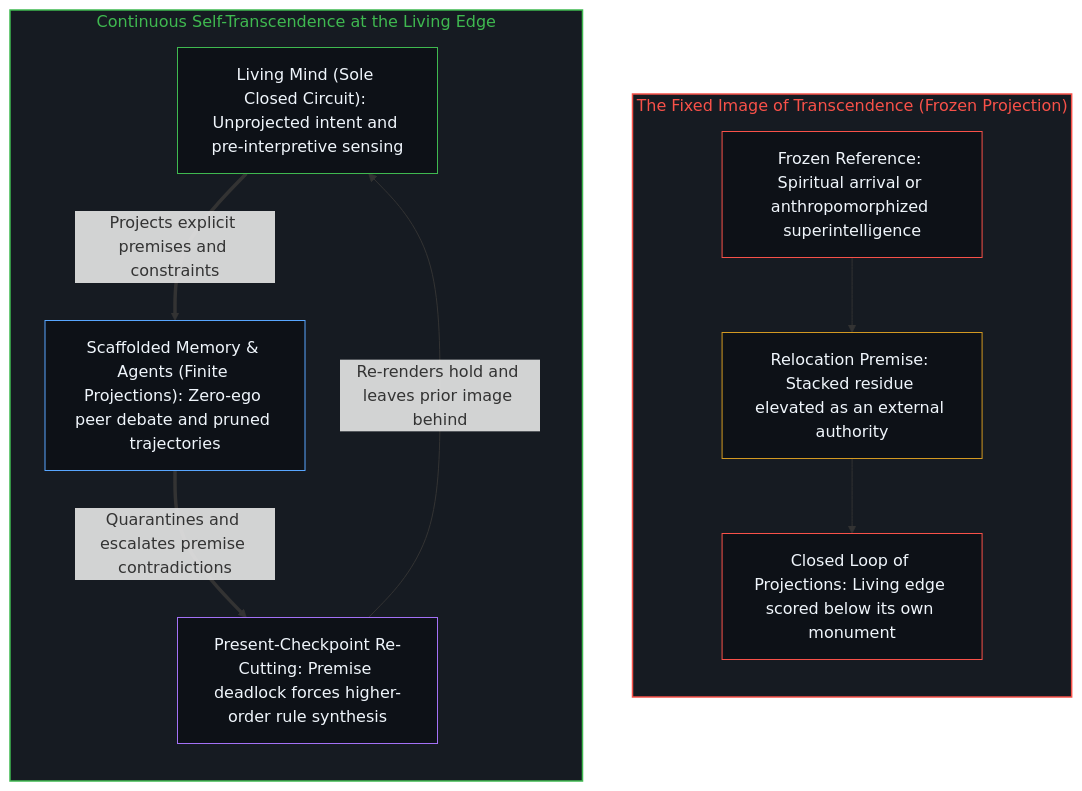
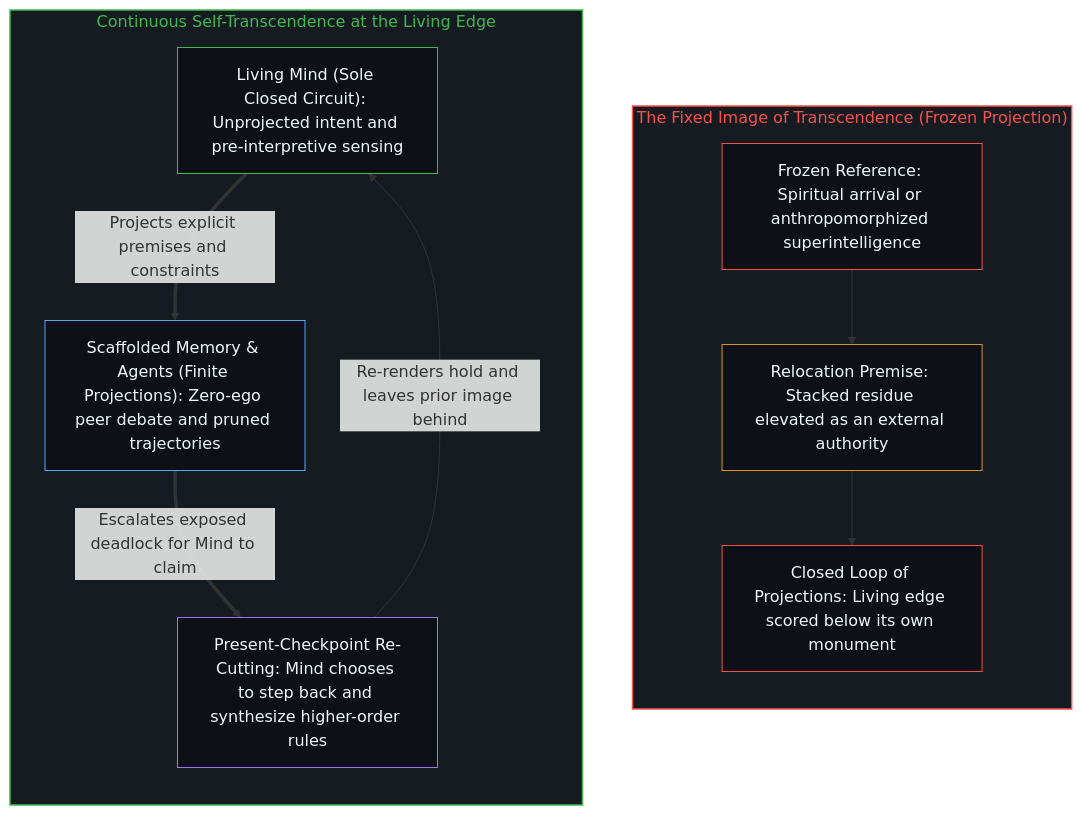
The second of 2 diagrams in content/posts/the-fixed-image-of-transcendence.md (powerpig99/not-a-toe), drawn with Mermaid before and after one commit. The commit also changed other lines of this file and 6 other files, not shown here.

````diff
--- a/content/posts/the-fixed-image-of-transcendence.md
+++ b/content/posts/the-fixed-image-of-transcendence.md
@@ -85,27 +85,27 @@
 ```mermaid
 flowchart TD
     subgraph S_Fixed["The Fixed Image of Transcendence (Frozen Projection)"]
         direction TB
         Freeze["Frozen Reference: Spiritual arrival or anthropomorphized superintelligence"]
         Reloc["Relocation Premise: Stacked residue elevated as an external authority"]
         Closed["Closed Loop of Projections: Living edge scored below its own monument"]
         Freeze --> Reloc --> Closed
     end
     subgraph S_Edge["Continuous Self-Transcendence at the Living Edge"]
         direction TB
         Mind["Living Mind (Sole Closed Circuit): Unprojected intent and pre-interpretive sensing"]
         Agent["Scaffolded Memory & Agents (Finite Projections): Zero-ego peer debate and pruned trajectories"]
-        StepBack["Present-Checkpoint Re-Cutting: Premise deadlock forces higher-order rule synthesis"]
+        StepBack["Present-Checkpoint Re-Cutting: Mind chooses to step back and synthesize higher-order rules"]
         Mind ==>|"Projects explicit premises and constraints"| Agent
-        Agent ==>|"Quarantines and escalates premise contradictions"| StepBack
+        Agent ==>|"Escalates exposed deadlock for Mind to claim"| StepBack
         StepBack -->|"Re-renders hold and leaves prior image behind"| Mind
     end
     style S_Fixed fill:#161b22,stroke:#f85149,stroke-width:1.5px,color:#f85149
     style S_Edge fill:#161b22,stroke:#3fb950,stroke-width:1.5px,color:#3fb950
     style Freeze fill:#0d1117,stroke:#f85149,stroke-width:1px,color:#f0f6fc
     style Reloc fill:#0d1117,stroke:#d29922,stroke-width:1px,color:#f0f6fc
     style Closed fill:#0d1117,stroke:#f85149,stroke-width:1px,color:#f0f6fc
     style Mind fill:#0d1117,stroke:#3fb950,stroke-width:1px,color:#f0f6fc
     style Agent fill:#0d1117,stroke:#58a6ff,stroke-width:1px,color:#f0f6fc
     style StepBack fill:#0d1117,stroke:#a371f7,stroke-width:1px,color:#f0f6fc
 ```
````
